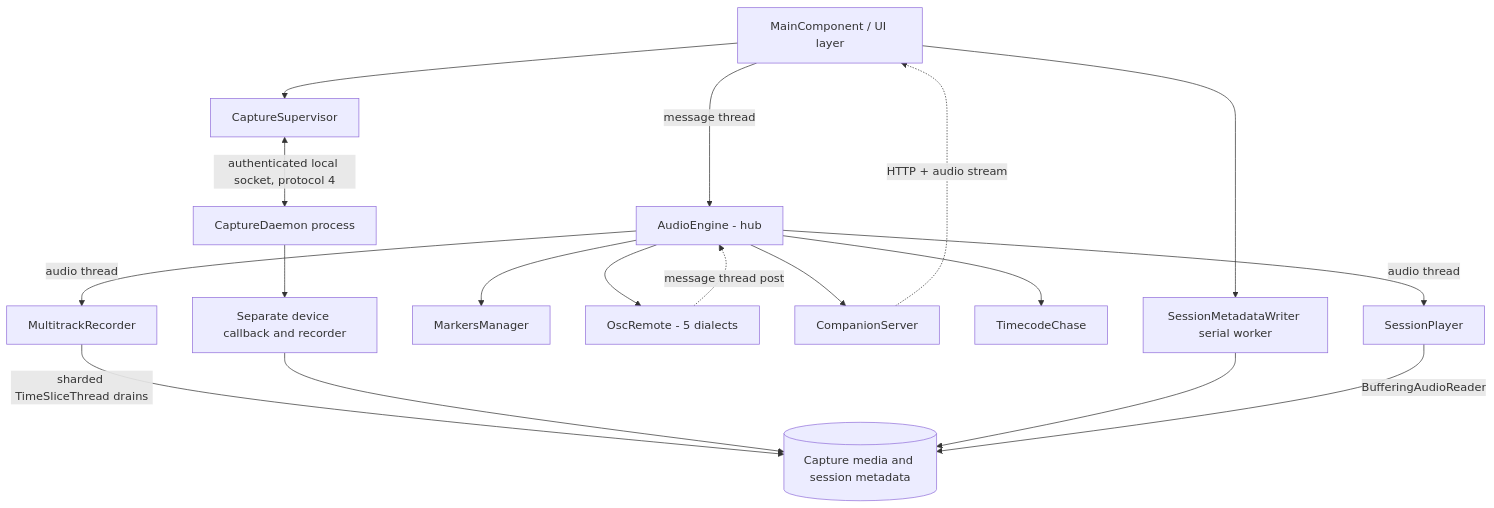
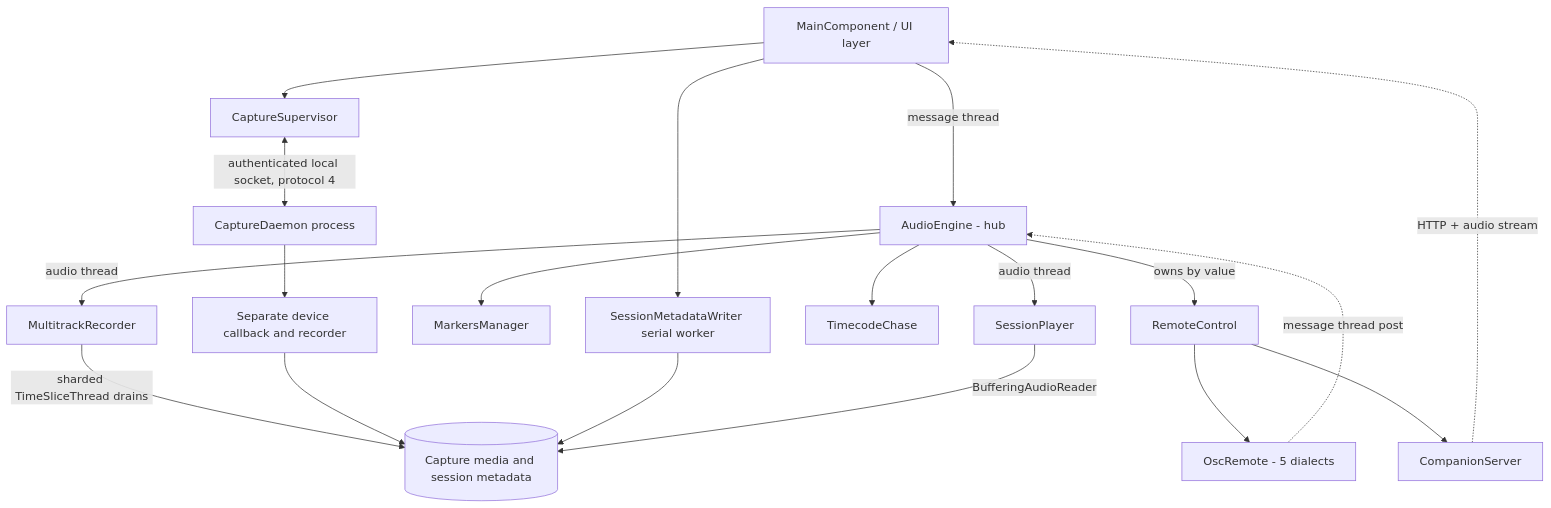
Before and after one commit to jeanpierreboutros-lang/ZynforgeRecording: the first of 2 diagrams in architecture.md, drawn with Mermaid. The commit also changed other lines of this file and 22 other files, not shown here.

First line of the commit message:
Move remote control (companion, console OSC, control surface) out of AudioEngine

````diff
--- a/architecture.md
+++ b/architecture.md
@@ -64,30 +64,32 @@
 ```mermaid
 graph TB
     UI[MainComponent / UI layer]
     Eng[AudioEngine - hub]
     Rec[MultitrackRecorder]
     Play[SessionPlayer]
     Mark[MarkersManager]
+    Remote[RemoteControl]
     OSC[OscRemote - 5 dialects]
     Net[CompanionServer]
     TC[TimecodeChase]
     Disk[(Capture media and session metadata)]
 
     UI -->|message thread| Eng
     Eng -->|audio thread| Rec
     Eng -->|audio thread| Play
     Rec -->|sharded TimeSliceThread drains| Disk
     UI --> Supervisor[CaptureSupervisor]
     Supervisor <-->|authenticated local socket, protocol 4| Daemon[CaptureDaemon process]
     Daemon --> DaemonRec[Separate device callback and recorder]
     DaemonRec --> Disk
     UI --> Metadata[SessionMetadataWriter serial worker]
     Metadata --> Disk
     Play -->|BufferingAudioReader| Disk
     Eng --> Mark
-    Eng --> OSC
-    Eng --> Net
+    Eng -->|owns by value| Remote
+    Remote --> OSC
+    Remote --> Net
     Eng --> TC
     OSC -.->|message thread post| Eng
     Net -.->|HTTP + audio stream| UI
 ```
````
